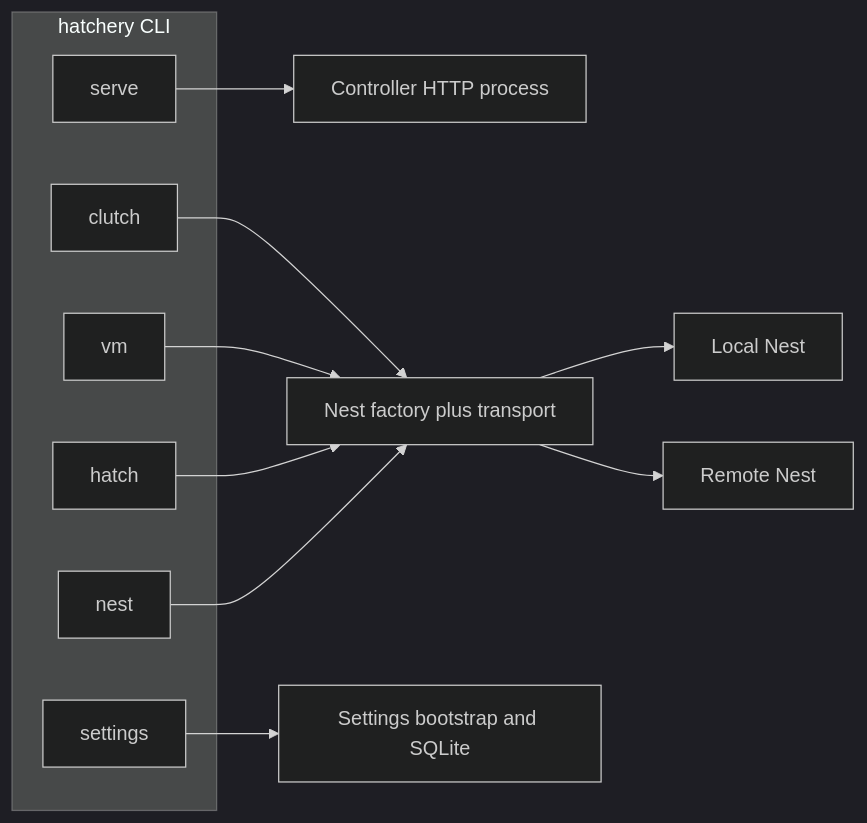
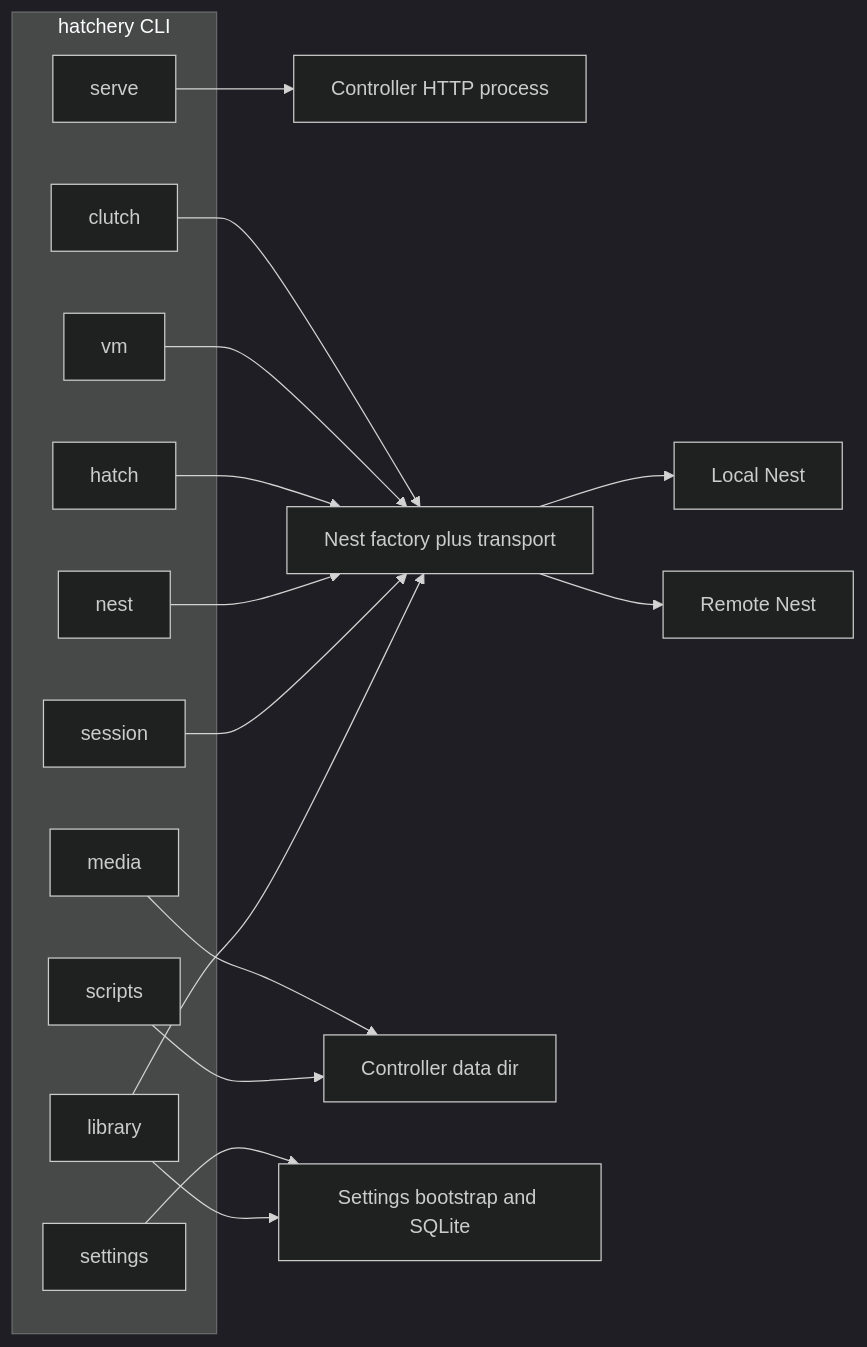
One commit to dustinestes/Hatchery changed the diagram in docs/cli/README.md. Above: the diagram before and after it, drawn with Mermaid (dark theme). The commit also changed other lines of this file and 8 other files, not shown here.

````diff
--- a/docs/cli/README.md
+++ b/docs/cli/README.md
@@ -28,19 +28,28 @@
 ```mermaid
 flowchart LR
   subgraph entry [hatchery CLI]
     serve[serve]
+    nest[nest]
     clutch[clutch]
     vm[vm]
     hatchCmd[hatch]
-    nest[nest]
+    session[session]
+    media[media]
+    scripts[scripts]
     settings[settings]
+    library[library]
   end
   serve --> controller[Controller HTTP process]
   clutch --> factory[Nest factory plus transport]
   vm --> factory
   hatchCmd --> factory
   nest --> factory
+  session --> factory
+  media --> dataDir[Controller data dir]
+  scripts --> dataDir
   settings --> configStore[Settings bootstrap and SQLite]
+  library --> configStore
+  library --> factory
   factory --> localNest[Local Nest]
   factory --> remoteNest[Remote Nest]
 ```
````
